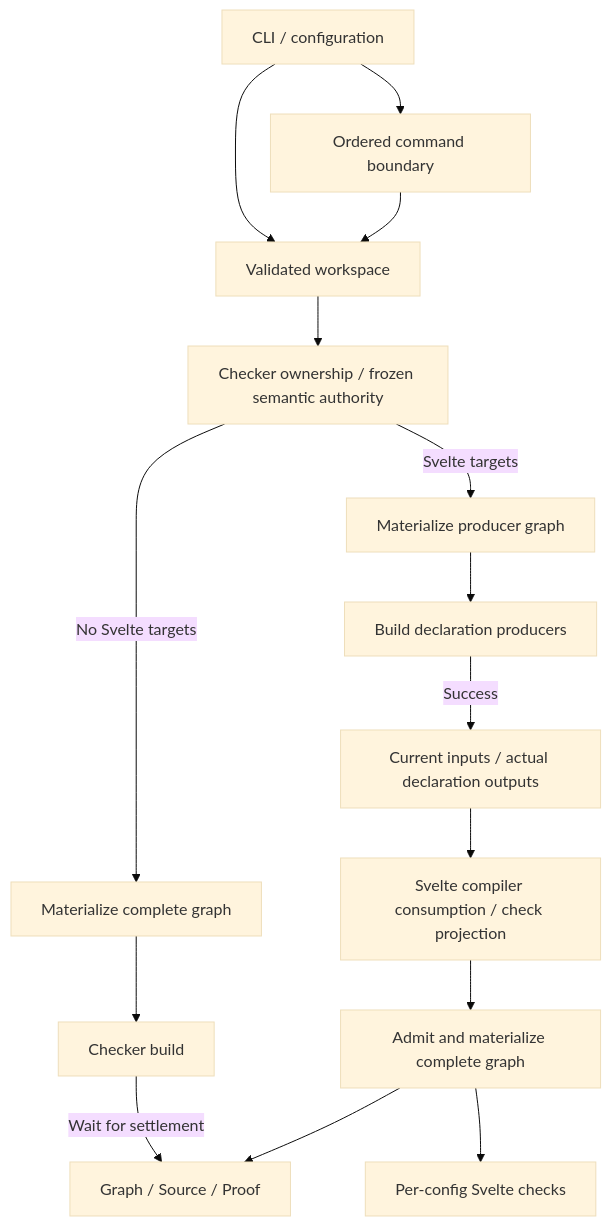
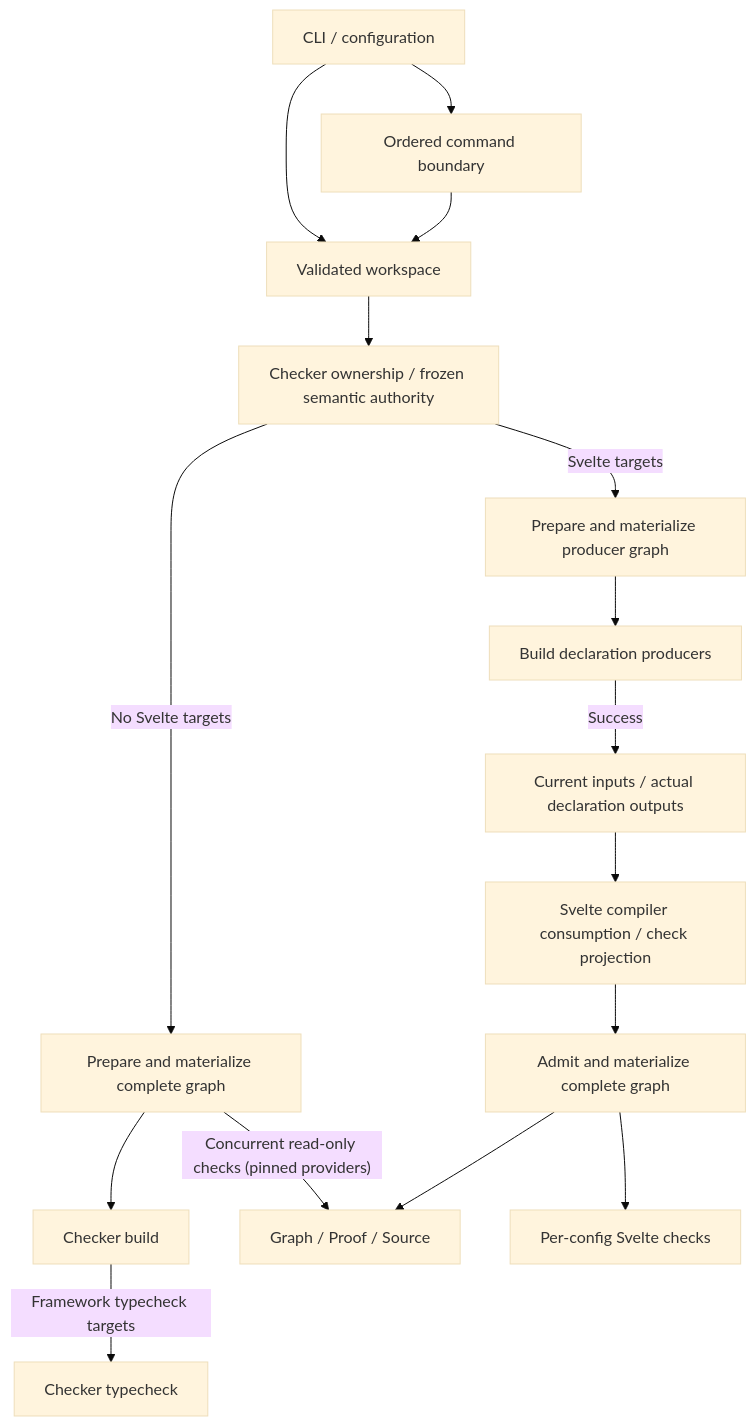
Before and after one commit to senaoxi/limina: the diagram in .agents/docs/system-model.md, drawn with Mermaid (base theme). The commit also changed other lines of this file and 134 other files, not shown here.

````diff
--- a/.agents/docs/system-model.md
+++ b/.agents/docs/system-model.md
@@ -115,17 +115,18 @@
 ```mermaid
 flowchart TB
   CLI["CLI / configuration"] --> Workspace["Validated workspace"]
   Workspace --> Ownership["Checker ownership / frozen semantic authority"]
-  Ownership -->|"No Svelte targets"| Complete["Materialize complete graph"]
+  Ownership -->|"No Svelte targets"| Complete["Prepare and materialize complete graph"]
   Complete --> Build["Checker build"]
-  Build -->|"Wait for settlement"| Checks["Graph / Source / Proof"]
-  Ownership -->|"Svelte targets"| Producers["Materialize producer graph"]
+  Complete -->|"Concurrent read-only checks (pinned providers)"| Checks["Graph / Proof / Source"]
+  Build -->|"Framework typecheck targets"| Typecheck["Checker typecheck"]
+  Ownership -->|"Svelte targets"| Producers["Prepare and materialize producer graph"]
   Producers --> ProducerBuild["Build declaration producers"]
   ProducerBuild -->|"Success"| Receipt["Current inputs / actual declaration outputs"]
   Receipt --> Resolution["Svelte compiler consumption / check projection"]
   Resolution --> Final["Admit and materialize complete graph"]
   Final --> Checks
   Final --> Svelte["Per-config Svelte checks"]
   CLI --> Command["Ordered command boundary"]
   Command --> Workspace
 ```
````
